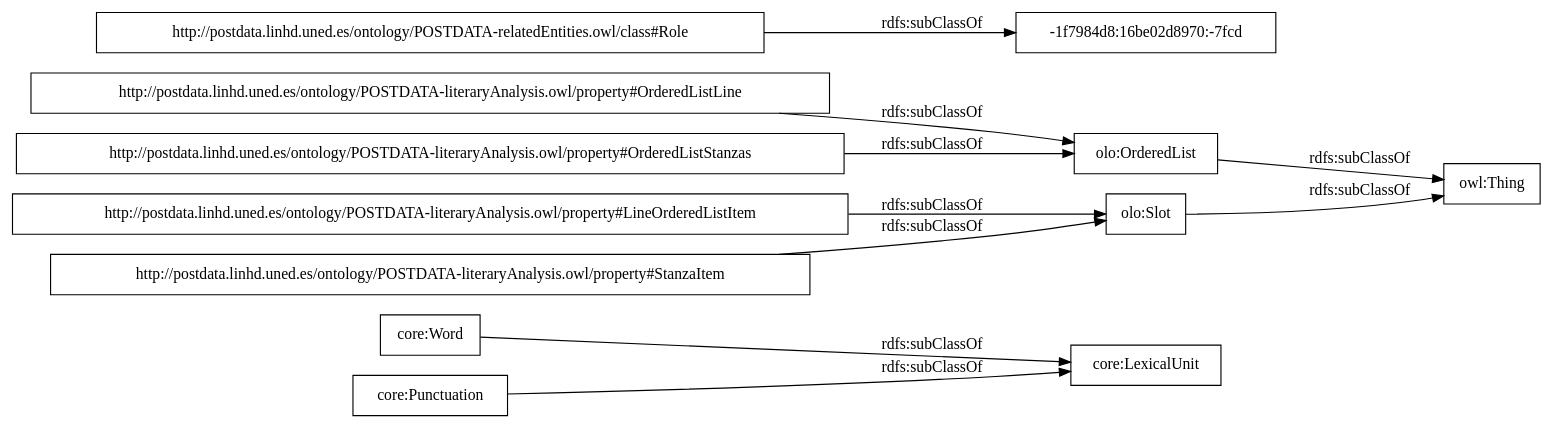
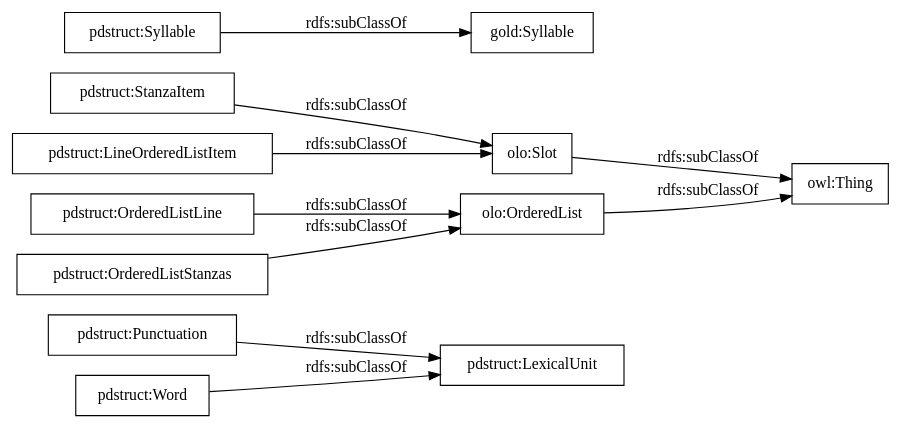
Before and after one commit to MLuisaDiezPlatas/structuralElements-ontology: the diagram in OnToology/postdata-structuralElements.owl/diagrams/ar2dtool-taxonomy/postdata-structuralElements.owl.png.dot, drawn with Graphviz. The commit also changed 12 other files, not shown here.

```diff
--- a/OnToology/postdata-structuralElements.owl/diagrams/ar2dtool-taxonomy/postdata-structuralElements.owl.png.dot
+++ b/OnToology/postdata-structuralElements.owl/diagrams/ar2dtool-taxonomy/postdata-structuralElements.owl.png.dot
@@ -1,15 +1,15 @@
 digraph ar2dtool_diagram { 
 rankdir=LR;
 size="1000"
-node [shape = rectangle, color="black"]; "core:Word" "http://postdata.linhd.uned.es/ontology/POSTDATA-literaryAnalysis.owl/property#OrderedListLine" "core:LexicalUnit" "core:Punctuation" "-1f7984d8:16be02d8970:-7fcd" "http://postdata.linhd.uned.es/ontology/POSTDATA-literaryAnalysis.owl/property#StanzaItem" "http://postdata.linhd.uned.es/ontology/POSTDATA-literaryAnalysis.owl/property#OrderedListStanzas" "http://postdata.linhd.uned.es/ontology/POSTDATA-relatedEntities.owl/class#Role" "http://postdata.linhd.uned.es/ontology/POSTDATA-literaryAnalysis.owl/property#LineOrderedListItem" "olo:Slot" "olo:OrderedList" ; /*classes style*/
-	"core:Punctuation" -> "core:LexicalUnit" [ label = "rdfs:subClassOf" ];
-	"http://postdata.linhd.uned.es/ontology/POSTDATA-literaryAnalysis.owl/property#StanzaItem" -> "olo:Slot" [ label = "rdfs:subClassOf" ];
+node [shape = rectangle, color="black"]; "pdstruct:Punctuation" "pdstruct:StanzaItem" "pdstruct:Word" "gold:Syllable" "pdstruct:LineOrderedListItem" "pdstruct:Syllable" "pdstruct:OrderedListStanzas" "pdstruct:OrderedListLine" "pdstruct:LexicalUnit" "olo:Slot" "olo:OrderedList" ; /*classes style*/
+	"pdstruct:LineOrderedListItem" -> "olo:Slot" [ label = "rdfs:subClassOf" ];
+	"pdstruct:Word" -> "pdstruct:LexicalUnit" [ label = "rdfs:subClassOf" ];
 	"olo:OrderedList" -> "owl:Thing" [ label = "rdfs:subClassOf" ];
+	"pdstruct:OrderedListStanzas" -> "olo:OrderedList" [ label = "rdfs:subClassOf" ];
 	"olo:Slot" -> "owl:Thing" [ label = "rdfs:subClassOf" ];
-	"http://postdata.linhd.uned.es/ontology/POSTDATA-literaryAnalysis.owl/property#LineOrderedListItem" -> "olo:Slot" [ label = "rdfs:subClassOf" ];
-	"http://postdata.linhd.uned.es/ontology/POSTDATA-literaryAnalysis.owl/property#OrderedListStanzas" -> "olo:OrderedList" [ label = "rdfs:subClassOf" ];
-	"http://postdata.linhd.uned.es/ontology/POSTDATA-relatedEntities.owl/class#Role" -> "-1f7984d8:16be02d8970:-7fcd" [ label = "rdfs:subClassOf" ];
-	"http://postdata.linhd.uned.es/ontology/POSTDATA-literaryAnalysis.owl/property#OrderedListLine" -> "olo:OrderedList" [ label = "rdfs:subClassOf" ];
-	"core:Word" -> "core:LexicalUnit" [ label = "rdfs:subClassOf" ];
+	"pdstruct:Syllable" -> "gold:Syllable" [ label = "rdfs:subClassOf" ];
+	"pdstruct:StanzaItem" -> "olo:Slot" [ label = "rdfs:subClassOf" ];
+	"pdstruct:OrderedListLine" -> "olo:OrderedList" [ label = "rdfs:subClassOf" ];
+	"pdstruct:Punctuation" -> "pdstruct:LexicalUnit" [ label = "rdfs:subClassOf" ];
 
 }
```
